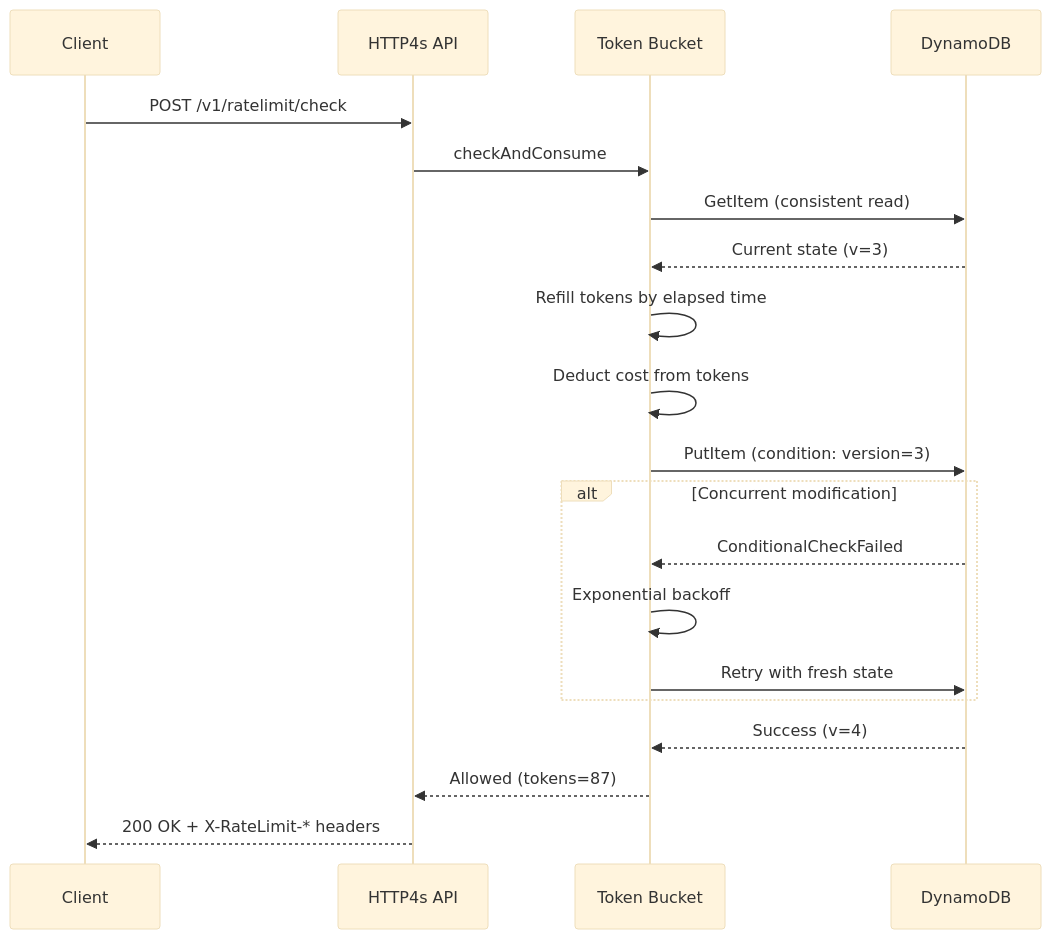
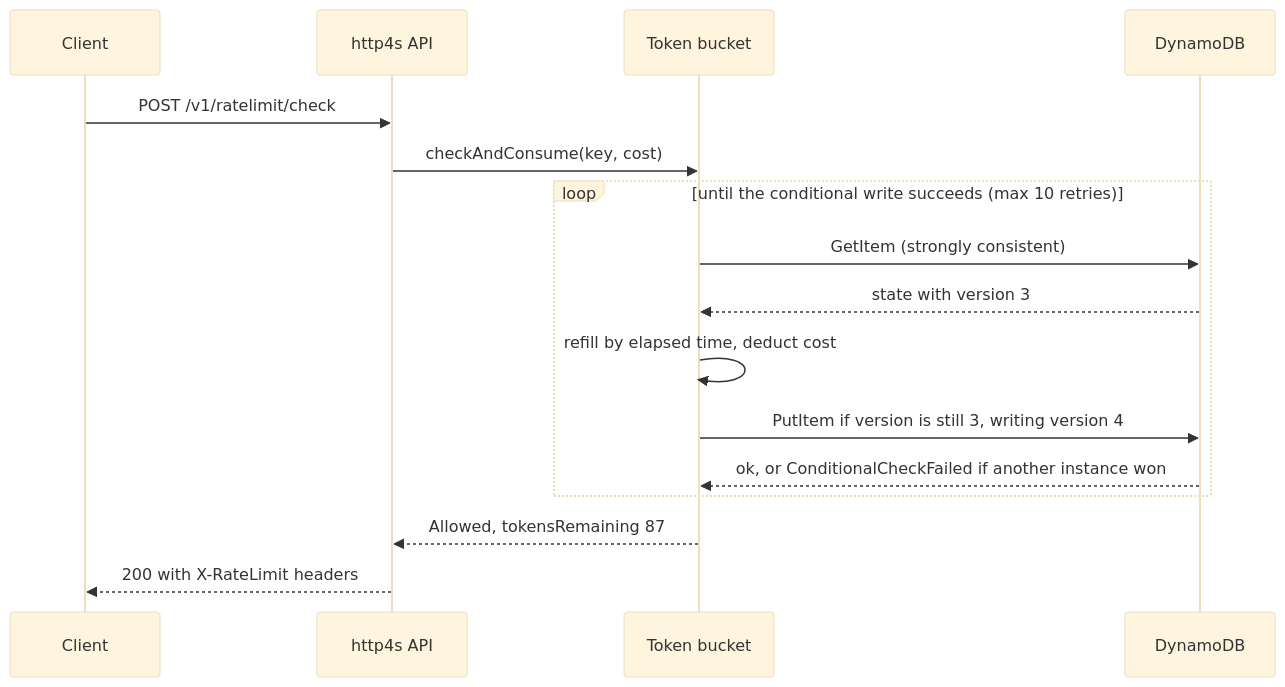
The second of 2 diagrams in README.md (saintparish4/gate), drawn with Mermaid (base theme) before and after one commit. The commit also changed other lines of this file, not shown here.

````diff
--- a/README.md
+++ b/README.md
@@ -88,23 +78,19 @@
 ```mermaid
 sequenceDiagram
     participant C as Client
-    participant API as HTTP4s API
-    participant TB as Token Bucket
+    participant API as http4s API
+    participant TB as Token bucket
     participant DB as DynamoDB
 
     C->>API: POST /v1/ratelimit/check
-    API->>TB: checkAndConsume
-    TB->>DB: GetItem (consistent read)
-    DB-->>TB: Current state (v=3)
-    TB->>TB: Refill tokens by elapsed time
-    TB->>TB: Deduct cost from tokens
-    TB->>DB: PutItem (condition: version=3)
-    alt Concurrent modification
-        DB-->>TB: ConditionalCheckFailed
-        TB->>TB: Exponential backoff
-        TB->>DB: Retry with fresh state
+    API->>TB: checkAndConsume(key, cost)
+    loop until the conditional write succeeds (max 10 retries)
+        TB->>DB: GetItem (strongly consistent)
+        DB-->>TB: state with version 3
+        TB->>TB: refill by elapsed time, deduct cost
+        TB->>DB: PutItem if version is still 3, writing version 4
+        DB-->>TB: ok, or ConditionalCheckFailed if another instance won
     end
-    DB-->>TB: Success (v=4)
-    TB-->>API: Allowed (tokens=87)
-    API-->>C: 200 OK + X-RateLimit-* headers
+    TB-->>API: Allowed, tokensRemaining 87
+    API-->>C: 200 with X-RateLimit headers
 ```
````
